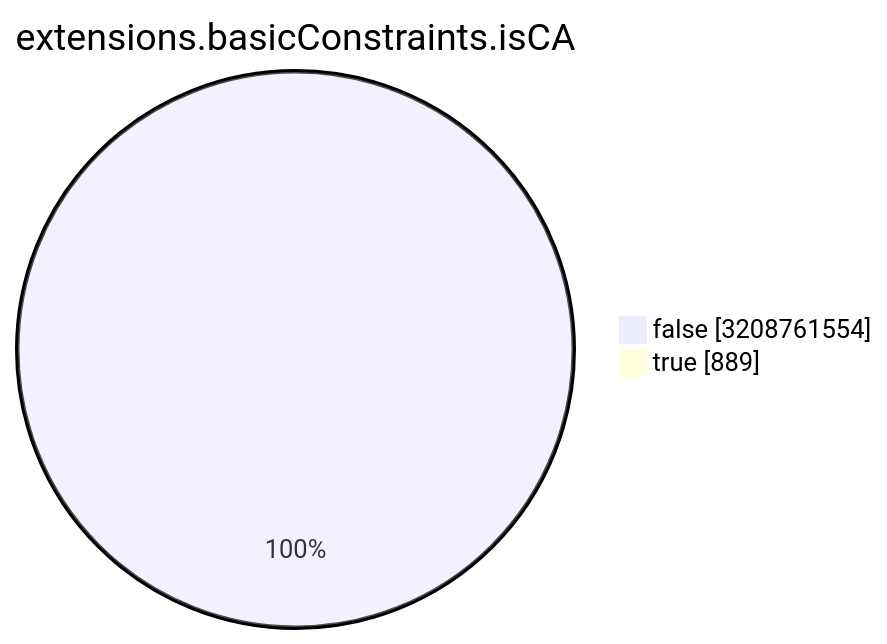
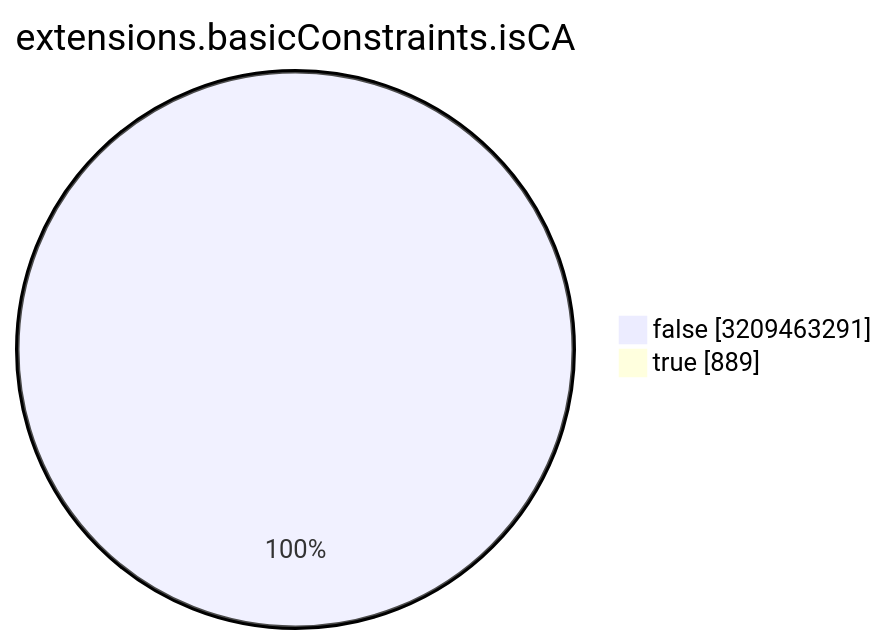
Before and after one commit to christiankrug/ctmonitor_visualization: the seventh of 15 diagrams in TOTAL/README.md, drawn with Mermaid. The commit also changed other lines of this file, not shown here.

````diff
--- a/TOTAL/README.md
+++ b/TOTAL/README.md
@@ -3088,6 +3088,6 @@
 ```mermaid
 pie showData
 title extensions.basicConstraints.isCA
-"false" :3208761554
+"false" :3209463291
 "true" :889
 ```
````
